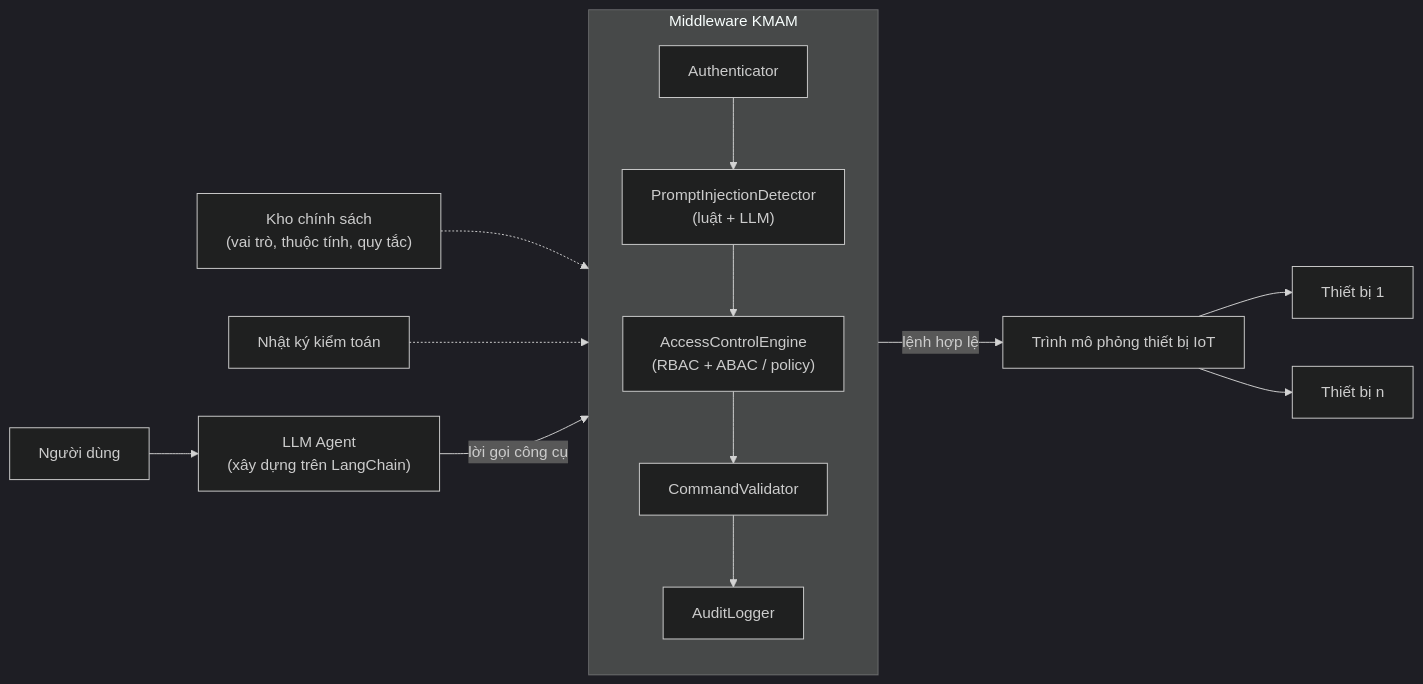
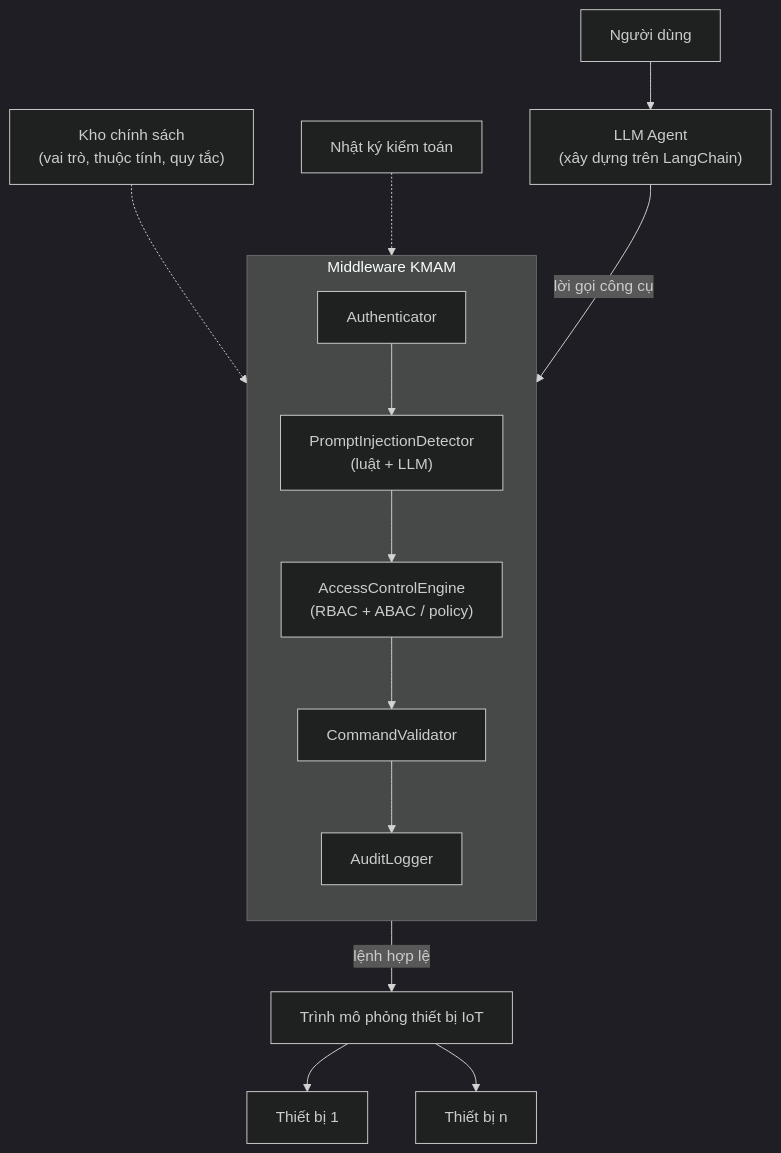
One commit to nguyen-cong-thanh/kmam-iot-llm-middleware changed the seventh of 9 diagrams in docs/report.md. Above: the diagram before and after it, drawn with Mermaid (dark theme). The commit also changed other lines of this file and 16 other files, not shown here.

````diff
--- a/docs/report.md
+++ b/docs/report.md
@@ -576,17 +604,17 @@
 ```mermaid
-flowchart LR
+flowchart TD
     U["Người dùng"] --> AG["LLM Agent<br/>(xây dựng trên LangChain)"]
     AG -->|"lời gọi công cụ"| MW
     subgraph MW["Middleware KMAM"]
         direction TB
         AU["Authenticator"] --> PID["PromptInjectionDetector<br/>(luật + LLM)"]
         PID --> ACE["AccessControlEngine<br/>(RBAC + ABAC / policy)"]
         ACE --> CV["CommandValidator"]
         CV --> AL["AuditLogger"]
     end
     MW -->|"lệnh hợp lệ"| SIM["Trình mô phỏng thiết bị IoT"]
     SIM --> D1["Thiết bị 1"]
     SIM --> D2["Thiết bị n"]
     POL["Kho chính sách<br/>(vai trò, thuộc tính, quy tắc)"] -.-> ACE
     LOG["Nhật ký kiểm toán"] -.-> AL
 ```
````
